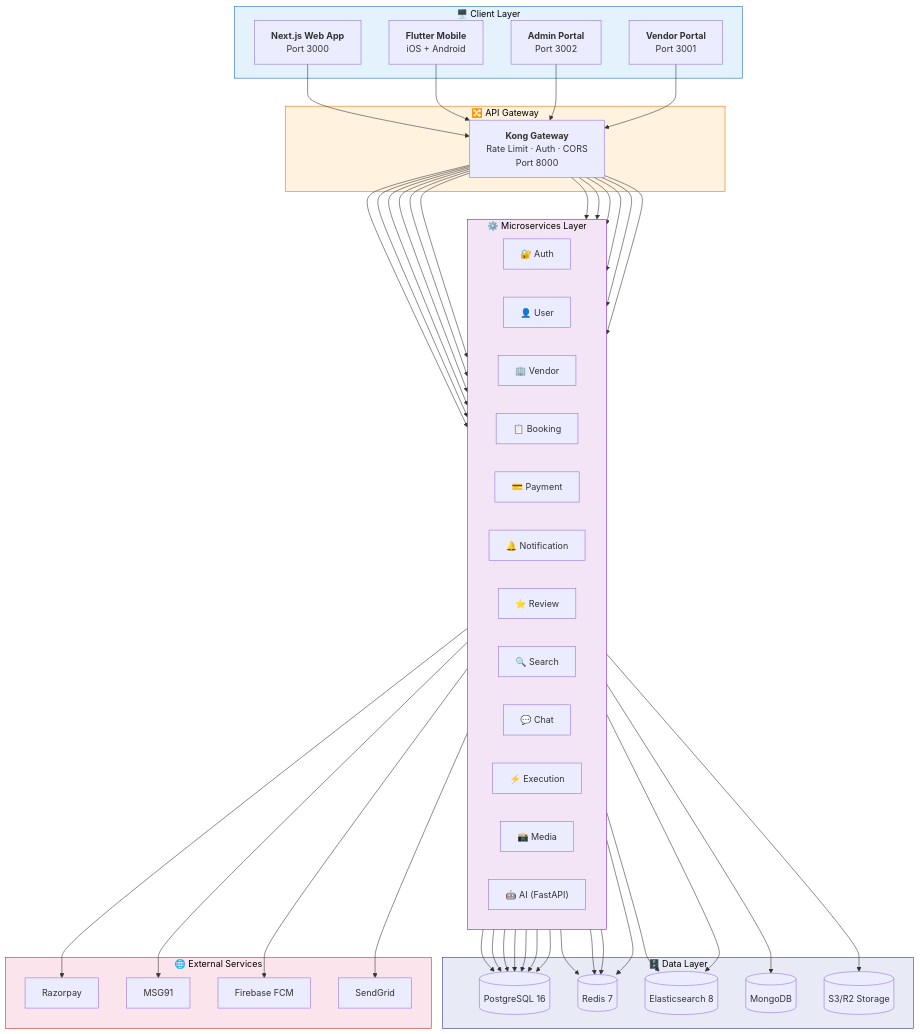
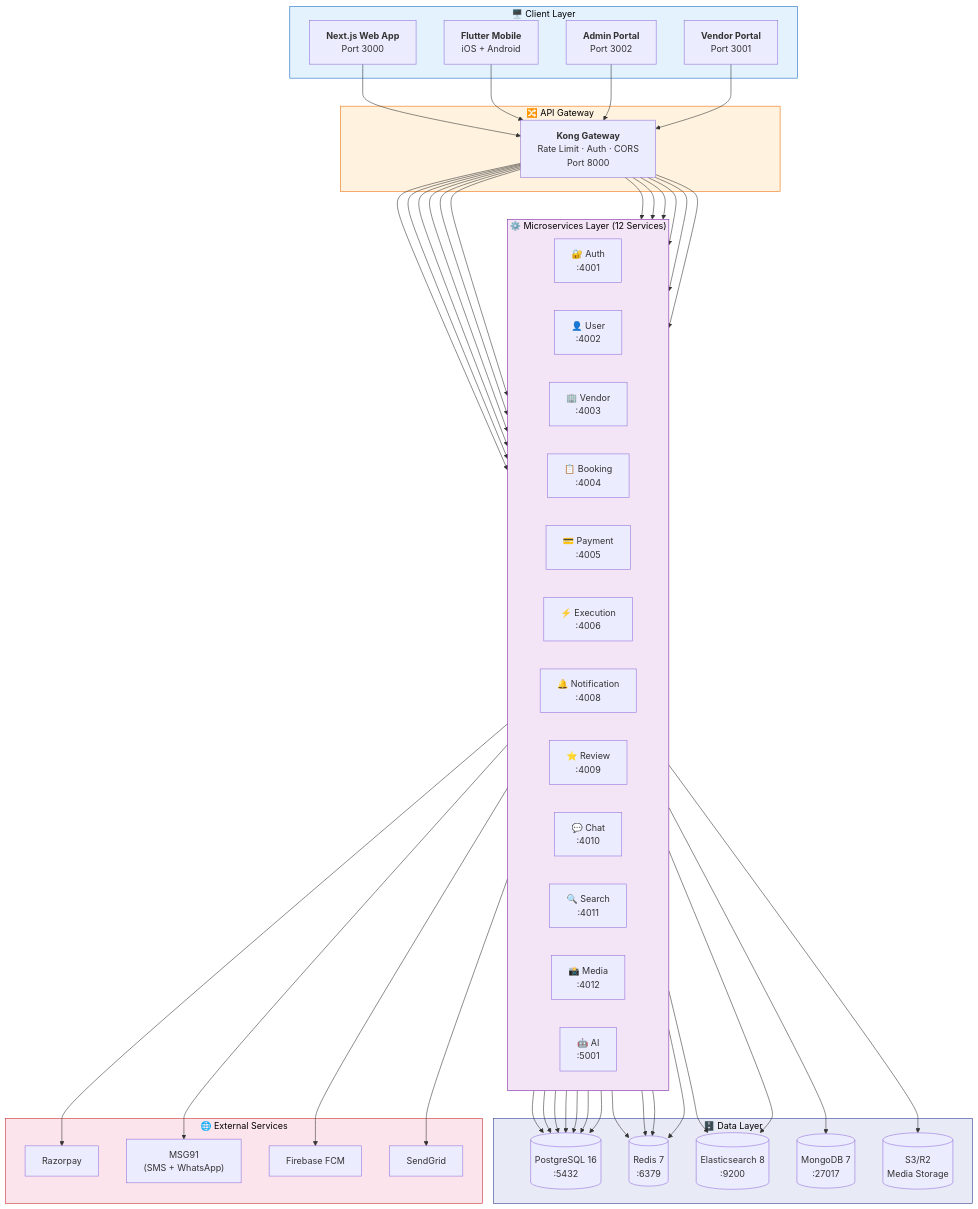
Diagram 12 of 33 in README.md (harib8000/wed), drawn with Mermaid before and after one commit. The commit also changed other lines of this file and 11 other files, not shown here.

First line of the commit message:
docs: world-class golden standard README — 3563 lines, 33 mermaid diagrams, 35 sections, 111 sub-headings

````diff
--- a/README.md
+++ b/README.md
@@ -600,61 +1081,61 @@
 ```mermaid
 graph TB
     subgraph CLIENTS["🖥️ Client Layer"]
         WEB["<b>Next.js Web App</b><br/>Port 3000"]
         MOB["<b>Flutter Mobile</b><br/>iOS + Android"]
         ADM["<b>Admin Portal</b><br/>Port 3002"]
         VEN["<b>Vendor Portal</b><br/>Port 3001"]
     end
 
     subgraph GATEWAY["🔀 API Gateway"]
         KONG["<b>Kong Gateway</b><br/>Rate Limit · Auth · CORS<br/>Port 8000"]
     end
 
-    subgraph SERVICES["⚙️ Microservices Layer"]
+    subgraph SERVICES["⚙️ Microservices Layer (12 Services)"]
         direction LR
-        AUTH["🔐 Auth"]
-        USER["👤 User"]
-        VENDOR["🏢 Vendor"]
-        BOOK["📋 Booking"]
-        PAY["💳 Payment"]
-        NOTIF["🔔 Notification"]
-        REVIEW["⭐ Review"]
-        SEARCH["🔍 Search"]
-        CHAT["💬 Chat"]
-        EXEC["⚡ Execution"]
-        MEDIA["📸 Media"]
-        AI["🤖 AI (FastAPI)"]
+        AUTH["🔐 Auth<br/>:4001"]
+        USER["👤 User<br/>:4002"]
+        VENDOR["🏢 Vendor<br/>:4003"]
+        BOOK["📋 Booking<br/>:4004"]
+        PAY["💳 Payment<br/>:4005"]
+        EXEC["⚡ Execution<br/>:4006"]
+        NOTIF["🔔 Notification<br/>:4008"]
+        REVIEW["⭐ Review<br/>:4009"]
+        CHAT["💬 Chat<br/>:4010"]
+        SEARCH["🔍 Search<br/>:4011"]
+        MEDIA["📸 Media<br/>:4012"]
+        AI["🤖 AI<br/>:5001"]
     end
 
     subgraph DATA["🗄️ Data Layer"]
-        PG[("PostgreSQL 16")]
-        REDIS[("Redis 7")]
-        ES[("Elasticsearch 8")]
-        MONGO[("MongoDB")]
-        S3[("S3/R2 Storage")]
+        PG[("PostgreSQL 16<br/>:5432")]
+        REDIS[("Redis 7<br/>:6379")]
+        ES[("Elasticsearch 8<br/>:9200")]
+        MONGO[("MongoDB 7<br/>:27017")]
+        S3[("S3/R2<br/>Media Storage")]
     end
 
     subgraph EXTERNAL["🌐 External Services"]
         RZP["Razorpay"]
-        MSG91["MSG91"]
+        MSG91["MSG91<br/>(SMS + WhatsApp)"]
         FCM["Firebase FCM"]
         SG["SendGrid"]
     end
 
     WEB & MOB & ADM & VEN --> KONG
     KONG --> AUTH & USER & VENDOR & BOOK & PAY & NOTIF & REVIEW & SEARCH & CHAT & EXEC & MEDIA & AI
 
     AUTH & USER & VENDOR & BOOK & PAY & REVIEW & EXEC --> PG
     AUTH & BOOK & PAY & NOTIF --> REDIS
     VENDOR & SEARCH --> ES
     CHAT --> MONGO
     MEDIA --> S3
     PAY --> RZP
     NOTIF --> MSG91 & FCM & SG
 
     style CLIENTS fill:#e3f2fd,stroke:#1565c0,color:#000
     style GATEWAY fill:#fff3e0,stroke:#ef6c00,color:#000
     style SERVICES fill:#f3e5f5,stroke:#7b1fa2,color:#000
     style DATA fill:#e8eaf6,stroke:#283593,color:#000
     style EXTERNAL fill:#fce4ec,stroke:#c62828,color:#000
 ```
````
